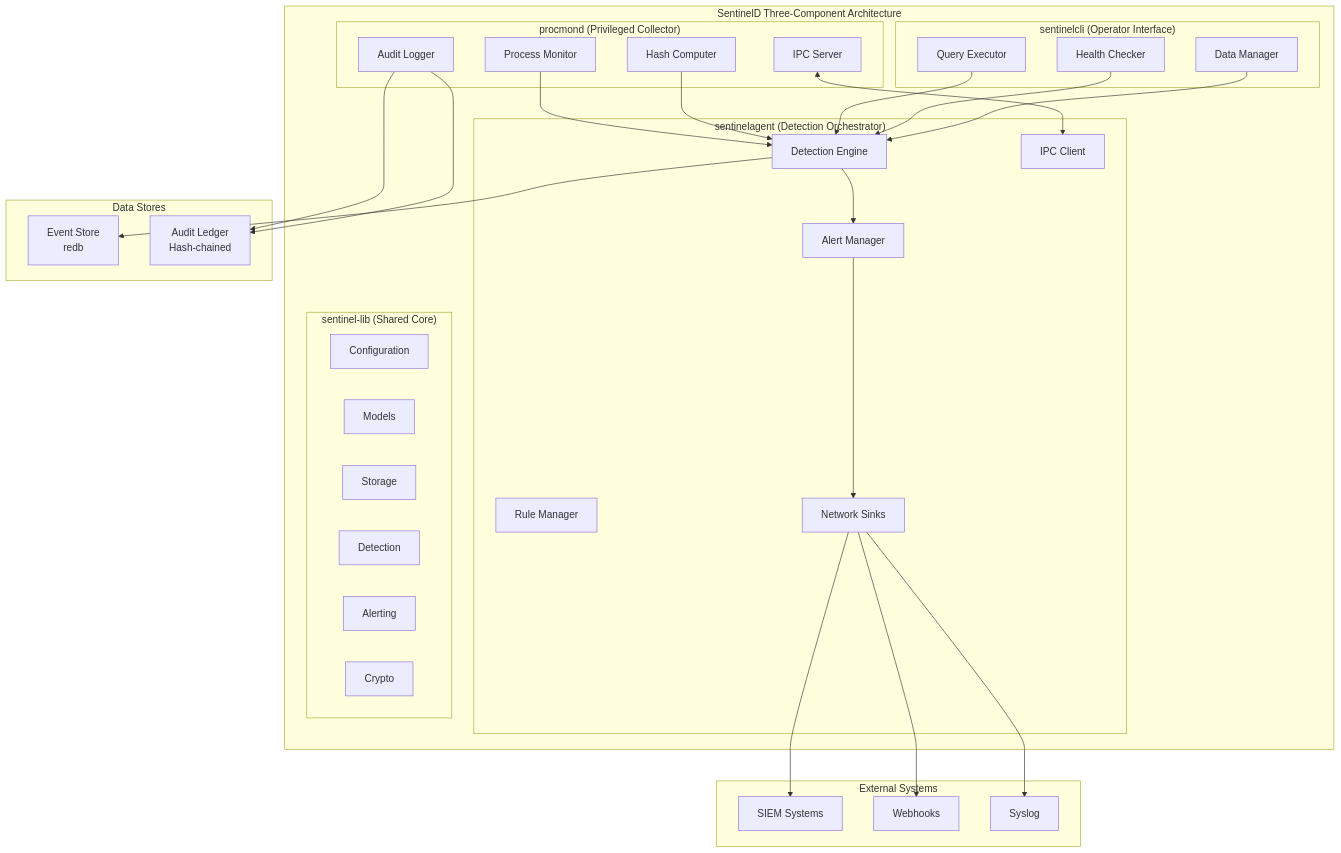
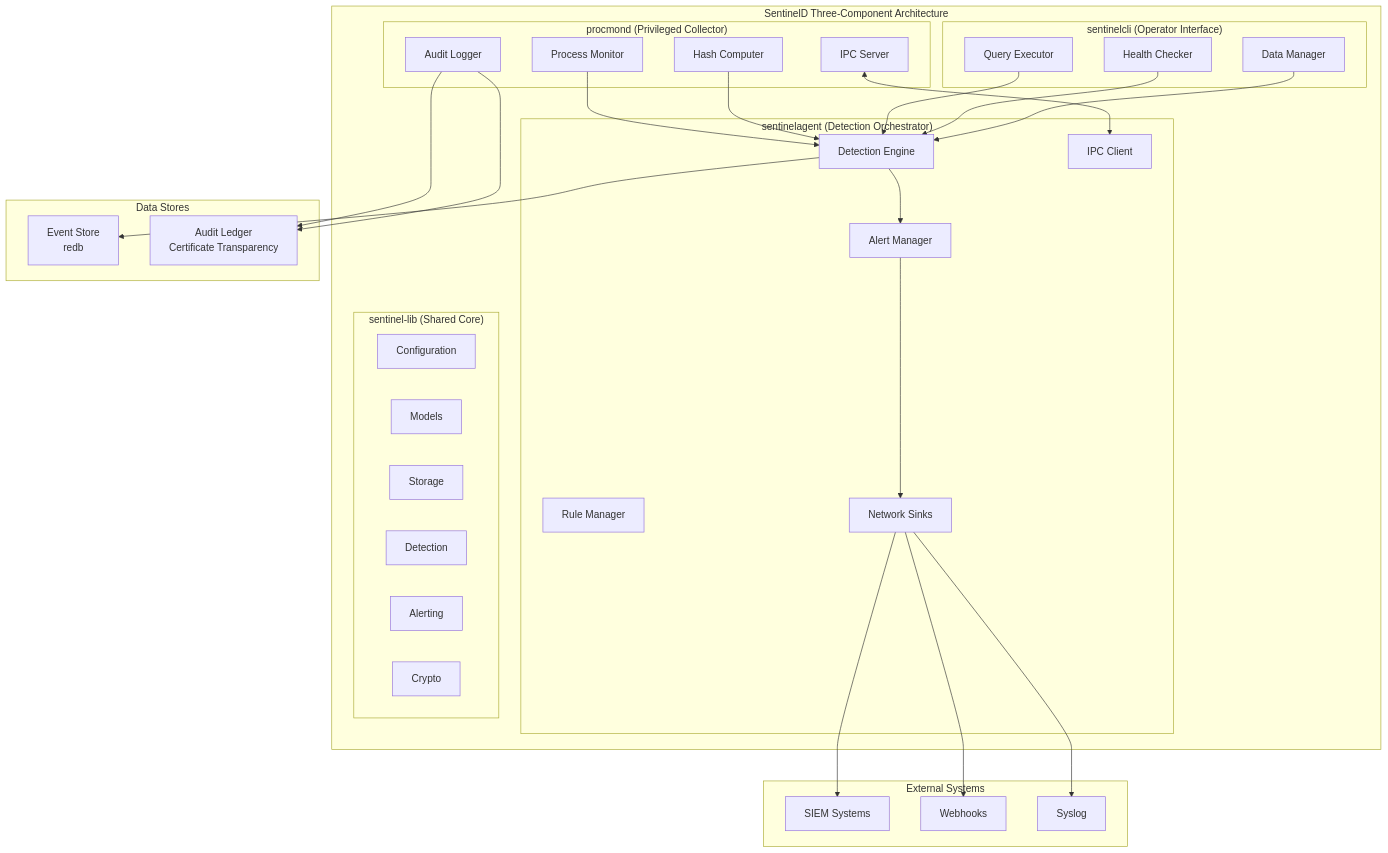
Before and after one commit to EvilBit-Labs/DaemonEye: the first of 4 diagrams in docs/src/architecture.md, drawn with Mermaid. The commit also changed other lines of this file and 90 other files, not shown here.

````diff
--- a/docs/src/architecture.md
+++ b/docs/src/architecture.md
@@ -7,60 +7,60 @@
 ```mermaid
 graph TB
     subgraph "SentinelD Three-Component Architecture"
         subgraph "procmond (Privileged Collector)"
             PM[Process Monitor]
             HC[Hash Computer]
             AL[Audit Logger]
             IPC1[IPC Server]
         end
 
         subgraph "sentinelagent (Detection Orchestrator)"
             DE[Detection Engine]
             AM[Alert Manager]
             RM[Rule Manager]
             IPC2[IPC Client]
             NS[Network Sinks]
         end
 
         subgraph "sentinelcli (Operator Interface)"
             QE[Query Executor]
             HC2[Health Checker]
             DM[Data Manager]
         end
 
         subgraph "sentinel-lib (Shared Core)"
             CFG[Configuration]
             MOD[Models]
             STO[Storage]
             DET[Detection]
             ALT[Alerting]
             CRY[Crypto]
         end
     end
 
     subgraph "Data Stores"
         ES[Event Store<br/>redb]
-        AL2[Audit Ledger<br/>Hash-chained]
+        AL2[Audit Ledger<br/>Certificate Transparency]
     end
 
     subgraph "External Systems"
         SIEM[SIEM Systems]
         WEBHOOK[Webhooks]
         SYSLOG[Syslog]
     end
 
     PM --> DE
     HC --> DE
     AL --> AL2
     IPC1 <--> IPC2
     DE --> AM
     AM --> NS
     NS --> SIEM
     NS --> WEBHOOK
     NS --> SYSLOG
     QE --> DE
     HC2 --> DE
     DM --> DE
     DE --> ES
     AL --> AL2
 ```
````
